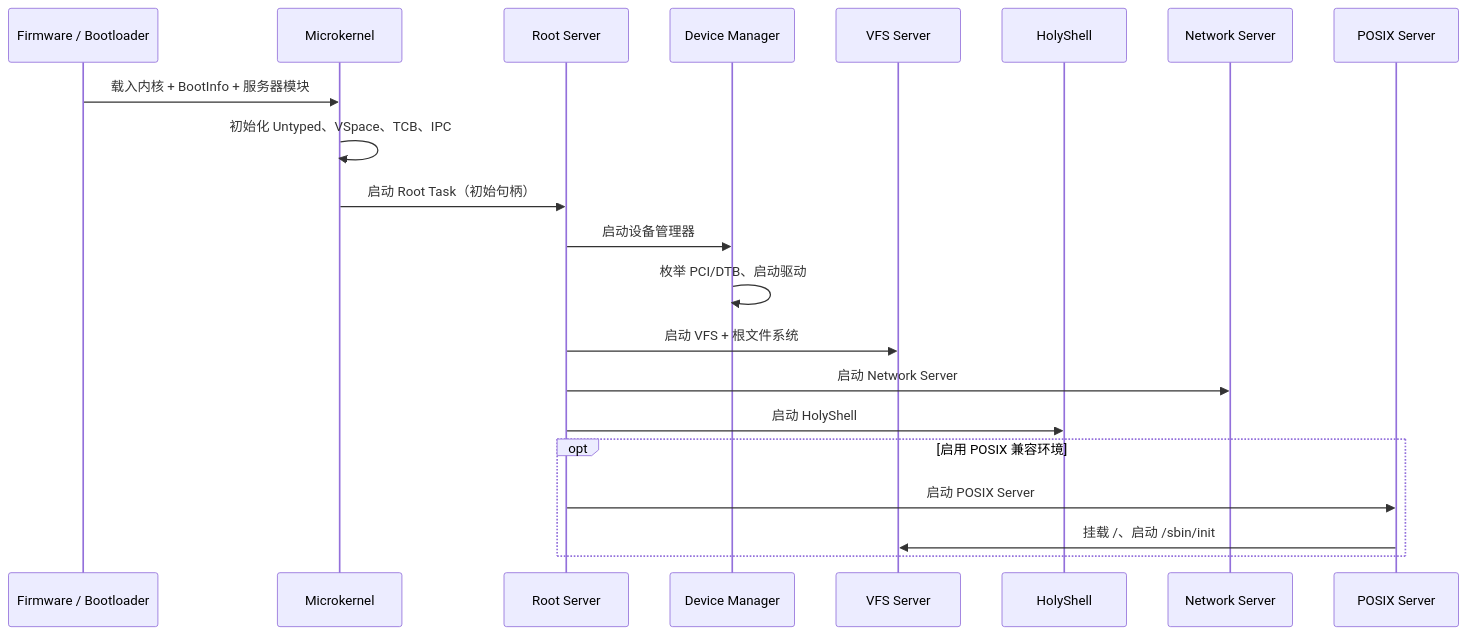
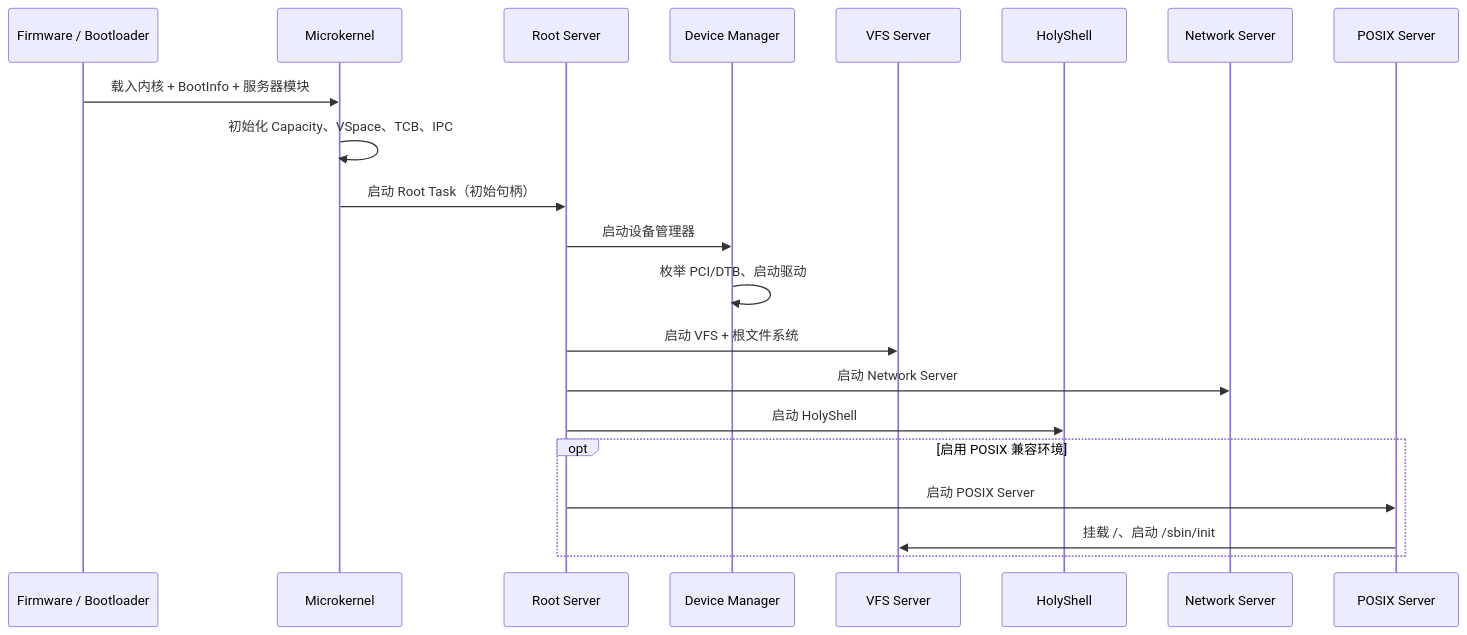
Before and after one commit to hongweifei/HolyKernel: the second of 2 diagrams in docs/platforms.md, drawn with Mermaid. The commit also changed other lines of this file and 23 other files, not shown here.

First line of the commit message:
refactor: 清除旧 Frame/Untyped/VSpace 内存模型

````diff
--- a/docs/platforms.md
+++ b/docs/platforms.md
@@ -112,23 +112,23 @@
 ```mermaid
 sequenceDiagram
     participant FW as Firmware / Bootloader
     participant K as Microkernel
     participant Root as Root Server
     participant DM as Device Manager
     participant VFS as VFS Server
     participant Shell as HolyShell
     participant Net as Network Server
     participant POSIX as POSIX Server
     FW->>K: 载入内核 + BootInfo + 服务器模块
-    K->>K: 初始化 Untyped、VSpace、TCB、IPC
+    K->>K: 初始化 Capacity、VSpace、TCB、IPC
     K->>Root: 启动 Root Task（初始句柄）
     Root->>DM: 启动设备管理器
     DM->>DM: 枚举 PCI/DTB、启动驱动
     Root->>VFS: 启动 VFS + 根文件系统
     Root->>Net: 启动 Network Server
     Root->>Shell: 启动 HolyShell
     opt 启用 POSIX 兼容环境
         Root->>POSIX: 启动 POSIX Server
         POSIX->>VFS: 挂载 /、启动 /sbin/init
     end
 ```
````
